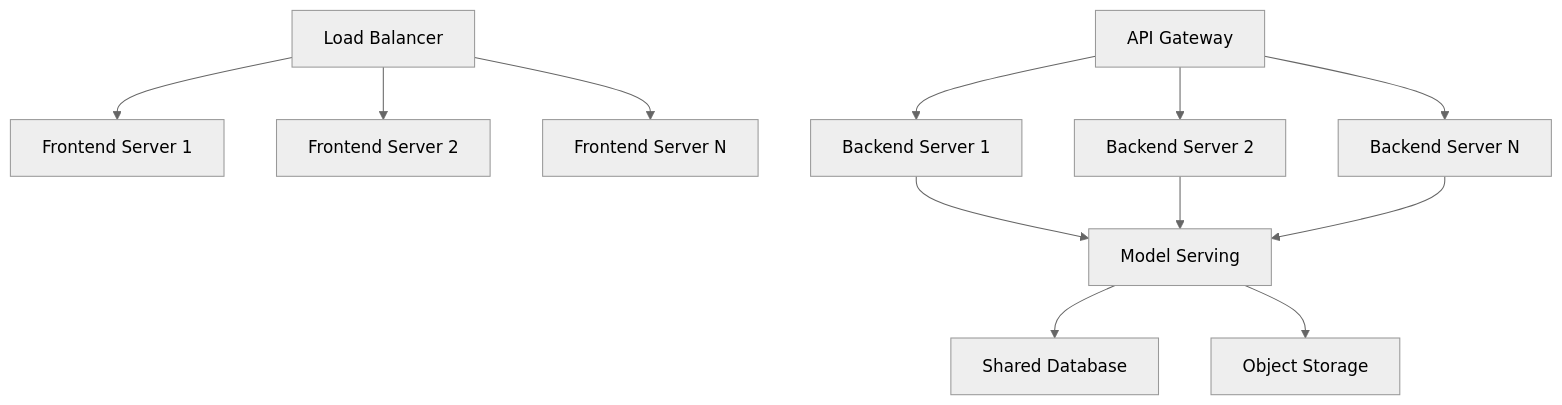
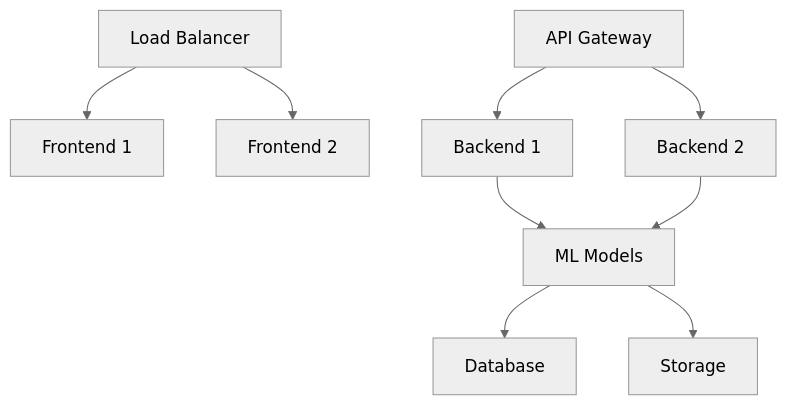
Before and after one commit to BTech20/biometric-auth-system: diagram 14 of 14 in ARCHITECTURE.md, drawn with Mermaid (neutral theme). The commit also changed other lines of this file, not shown here.

First line of the commit message:
Simplify all Mermaid diagrams to basic GitHub-compatible syntax

````diff
--- a/ARCHITECTURE.md
+++ b/ARCHITECTURE.md
@@ -484,17 +371,11 @@
 ```mermaid
-graph TB
-    A[Load Balancer] --> B[Frontend Server 1]
-    A --> C[Frontend Server 2]
-    A --> D[Frontend Server N]
-    
-    E[API Gateway] --> F[Backend Server 1]
-    E --> G[Backend Server 2]
-    E --> H[Backend Server N]
-    
-    F --> I[Model Serving]
-    G --> I
-    H --> I
-    
-    I --> J[Shared Database]
-    I --> K[Object Storage]
+flowchart TB
+    A[Load Balancer] --> B[Frontend 1]
+    A --> C[Frontend 2]
+    D[API Gateway] --> E[Backend 1]
+    D --> F[Backend 2]
+    E --> G[ML Models]
+    F --> G
+    G --> H[Database]
+    G --> I[Storage]
 ```
````
